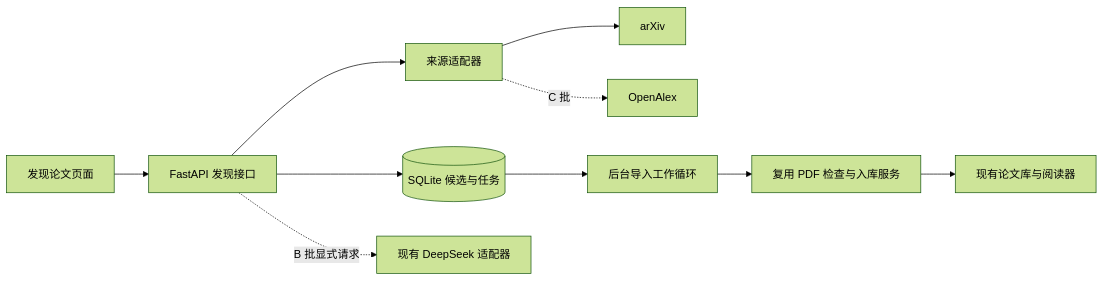
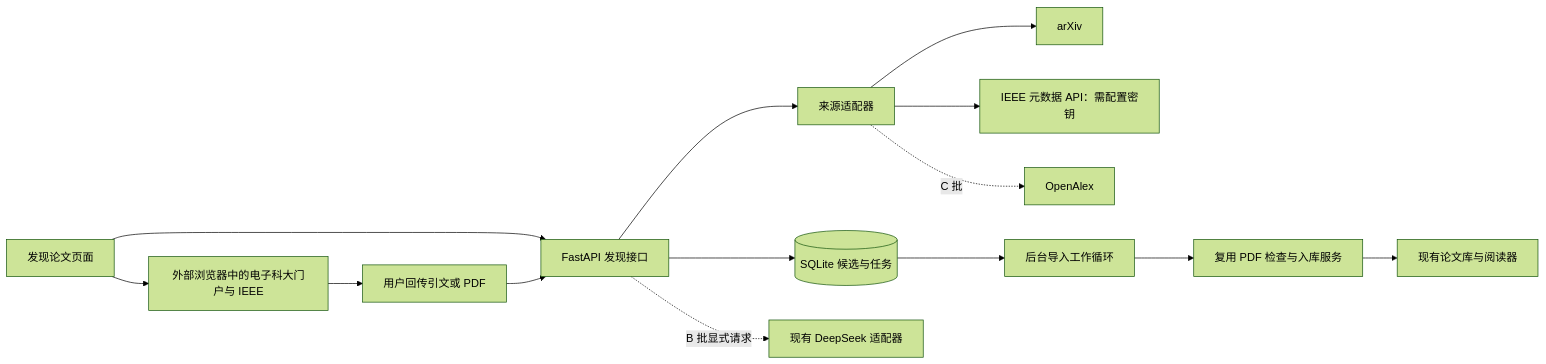
One commit to iaslay/Paper-Management-System changed the second of 2 diagrams in docs/论文联网检索与导入方案.md. Above: the diagram before and after it, drawn with Mermaid (forest theme). The commit also changed other lines of this file and 3 other files, not shown here.

````diff
--- a/docs/论文联网检索与导入方案.md
+++ b/docs/论文联网检索与导入方案.md
@@ -139,12 +176,16 @@
 ```mermaid
 flowchart LR
     W[发现论文页面] --> A[FastAPI 发现接口]
     A --> S[来源适配器]
     S --> X[arXiv]
+    S --> I[IEEE 元数据 API：需配置密钥]
     S -.C 批.-> O[OpenAlex]
+    W --> U[外部浏览器中的电子科大门户与 IEEE]
+    U --> R[用户回传引文或 PDF]
+    R --> A
     A --> D[(SQLite 候选与任务)]
     D --> Q[后台导入工作循环]
     Q --> V[复用 PDF 检查与入库服务]
     V --> P[现有论文库与阅读器]
     A -.B 批显式请求.-> M[现有 DeepSeek 适配器]
 ```
````
